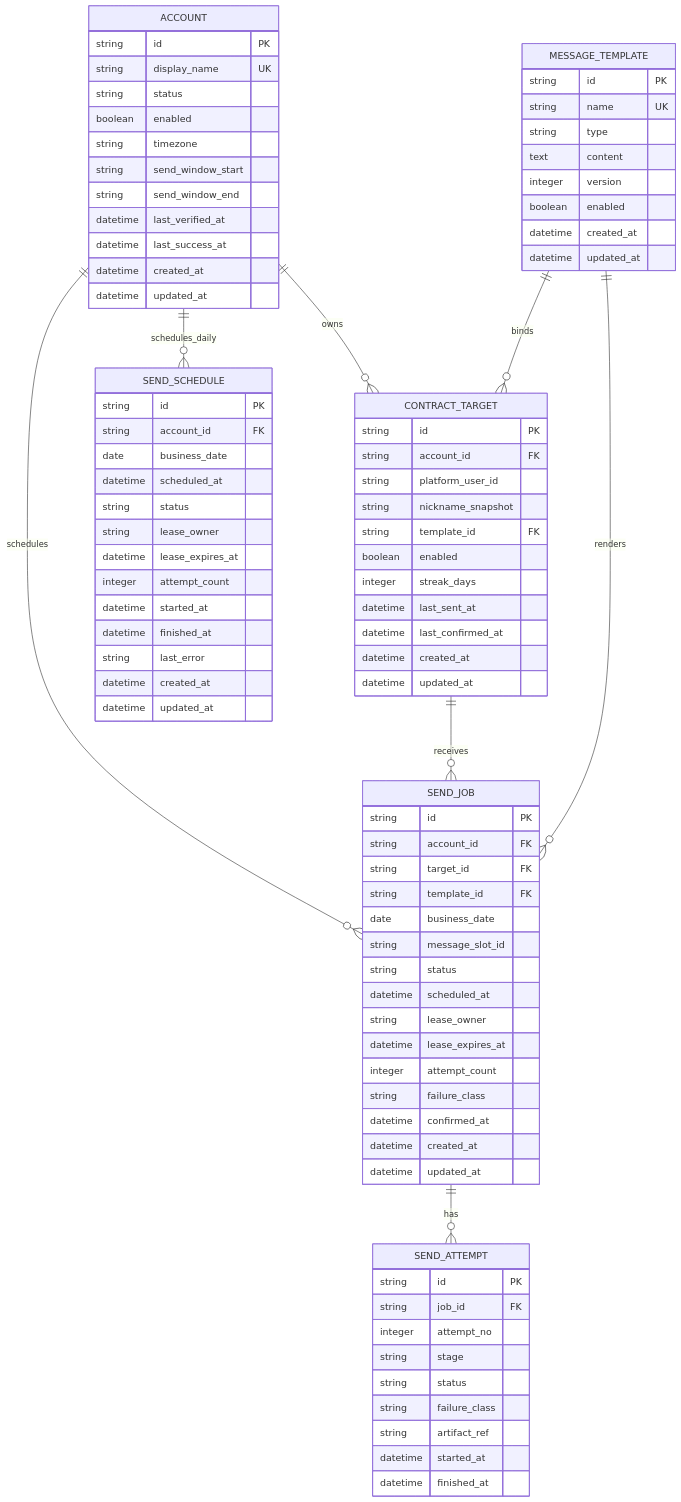
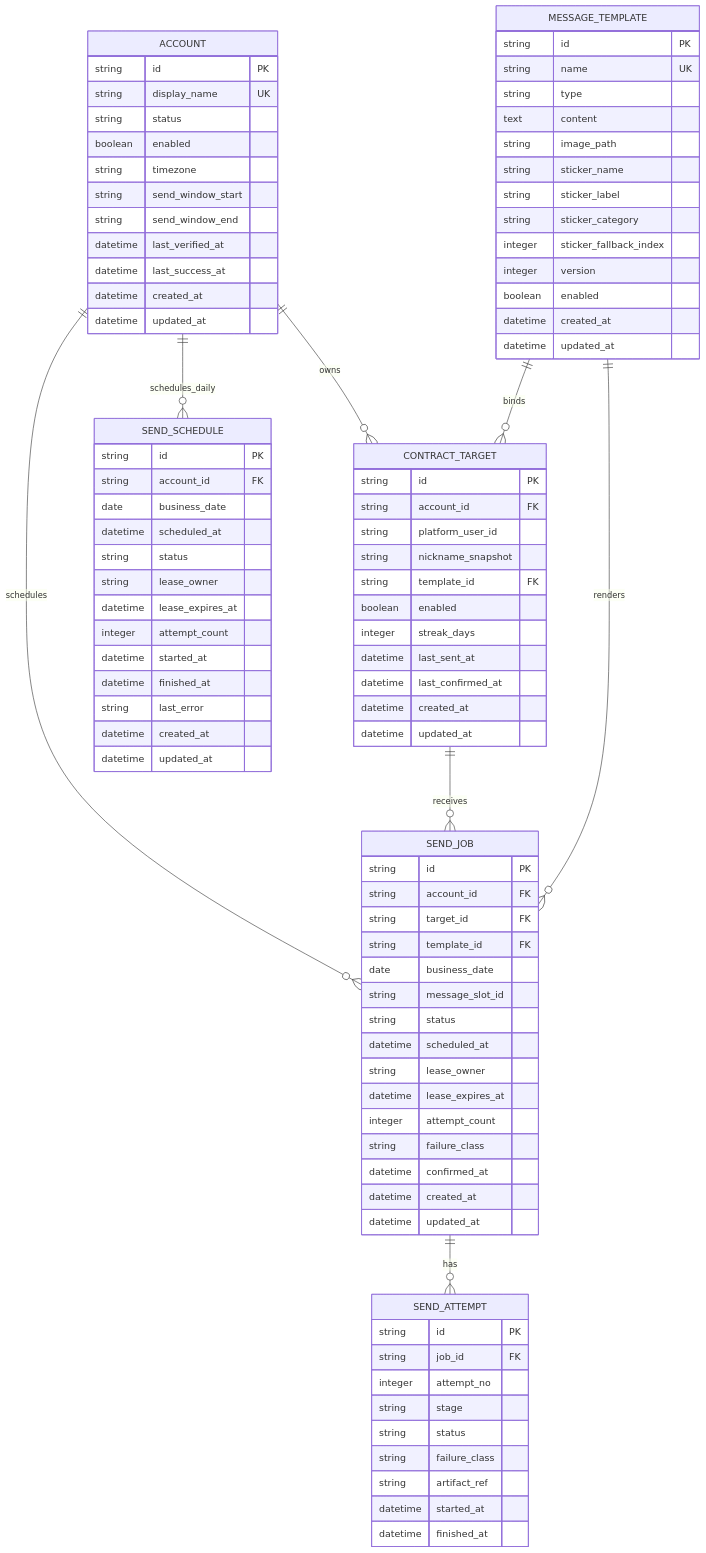
Before and after one commit to oinzc/flame-contractor-oss: the diagram in docs/SCHEMA.md, drawn with Mermaid. The commit also changed other lines of this file and 2 other files, not shown here.

Commit message:
docs(schema): 补充 message_template 的 image/sticker 字段与 PRD 进度说明

```diff
--- a/docs/SCHEMA.md
+++ b/docs/SCHEMA.md
@@ -33,6 +33,11 @@
     string name UK
     string type
     text content
+    string image_path
+    string sticker_name
+    string sticker_label
+    string sticker_category
+    integer sticker_fallback_index
     integer version
     boolean enabled
     datetime created_at
```
